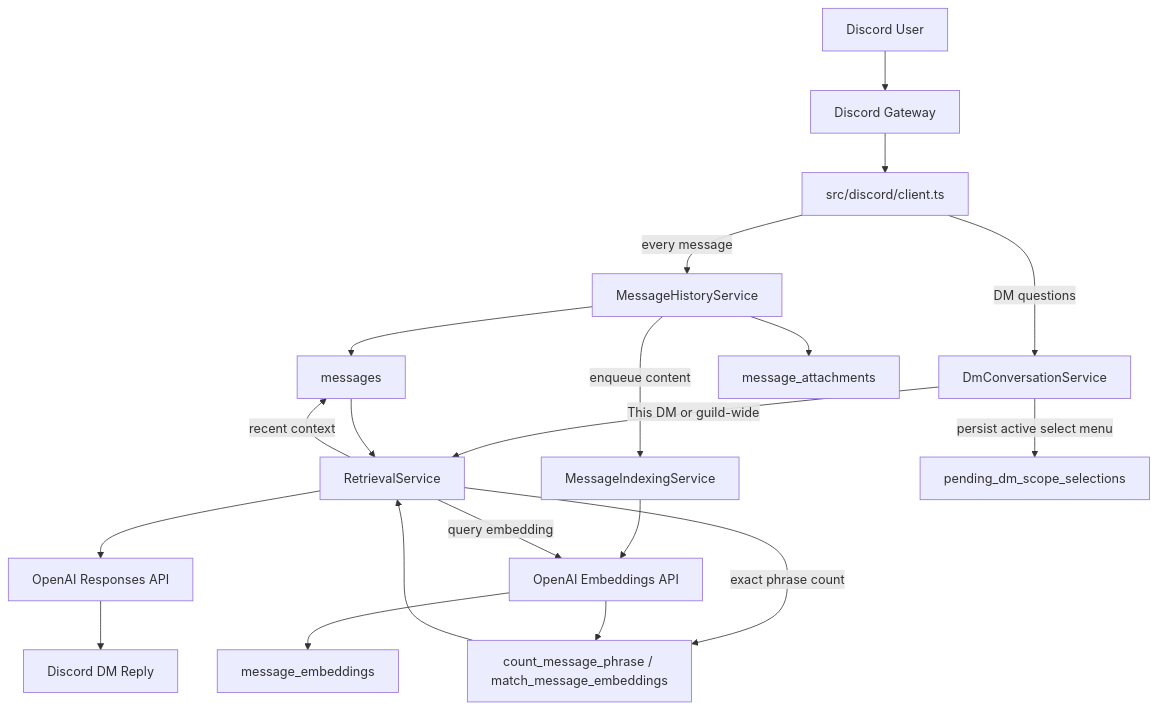
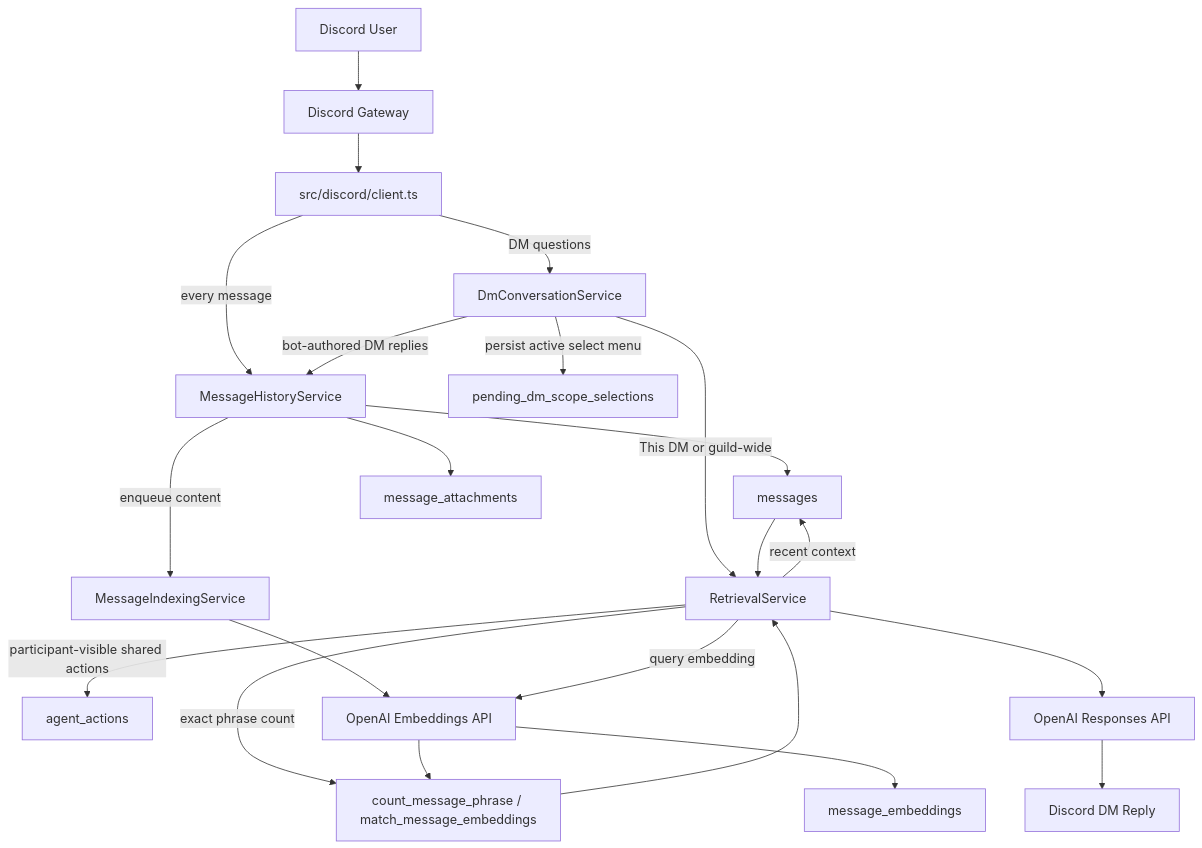
Before and after one commit to gOps132/GigiDC: the diagram in docs/diagrams/dm-retrieval-flow.md, drawn with Mermaid. The commit also changed other lines of this file and 26 other files, not shown here.

````diff
--- a/docs/diagrams/dm-retrieval-flow.md
+++ b/docs/diagrams/dm-retrieval-flow.md
@@ -5,42 +5,45 @@
 ```mermaid
 flowchart TD
   User["Discord User"]
   Discord["Discord Gateway"]
   Client["src/discord/client.ts"]
   History["MessageHistoryService"]
   Queue["MessageIndexingService"]
   Scope["DmConversationService"]
   Retrieval["RetrievalService"]
+  Actions["agent_actions"]
   Responses["OpenAI Responses API"]
   Embeddings["OpenAI Embeddings API"]
   Pending["pending_dm_scope_selections"]
   Messages["messages"]
   Attachments["message_attachments"]
   Vectors["message_embeddings"]
   RPC["count_message_phrase / match_message_embeddings"]
   Reply["Discord DM Reply"]
 
   User --> Discord
   Discord --> Client
 
   Client -->|"every message"| History
   History --> Messages
   History --> Attachments
   History -->|"enqueue content"| Queue
   Queue --> Embeddings
   Embeddings --> Vectors
 
   Client -->|"DM questions"| Scope
   Scope -->|"persist active select menu"| Pending
+  Scope -->|"bot-authored DM replies"| History
   Scope -->|"This DM or guild-wide"| Retrieval
 
   Retrieval -->|"exact phrase count"| RPC
   Retrieval -->|"recent context"| Messages
+  Retrieval -->|"participant-visible shared actions"| Actions
   Retrieval -->|"query embedding"| Embeddings
   Embeddings --> RPC
   RPC --> Retrieval
   Messages --> Retrieval
 
   Retrieval --> Responses
   Responses --> Reply
 ```
````
